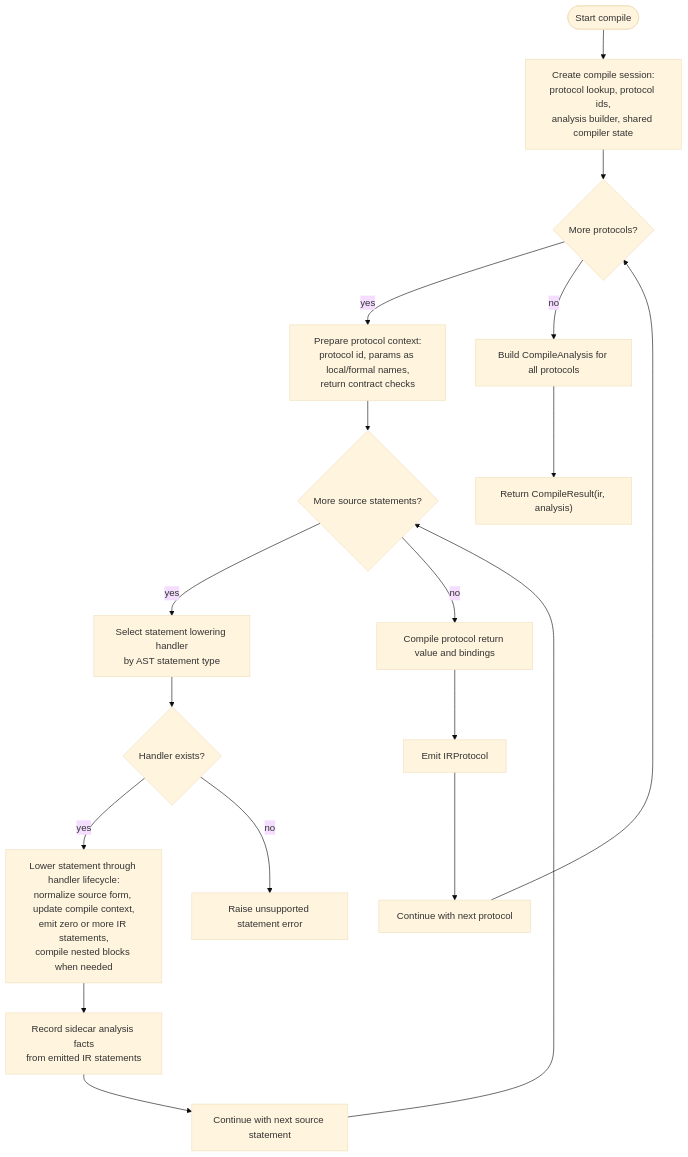
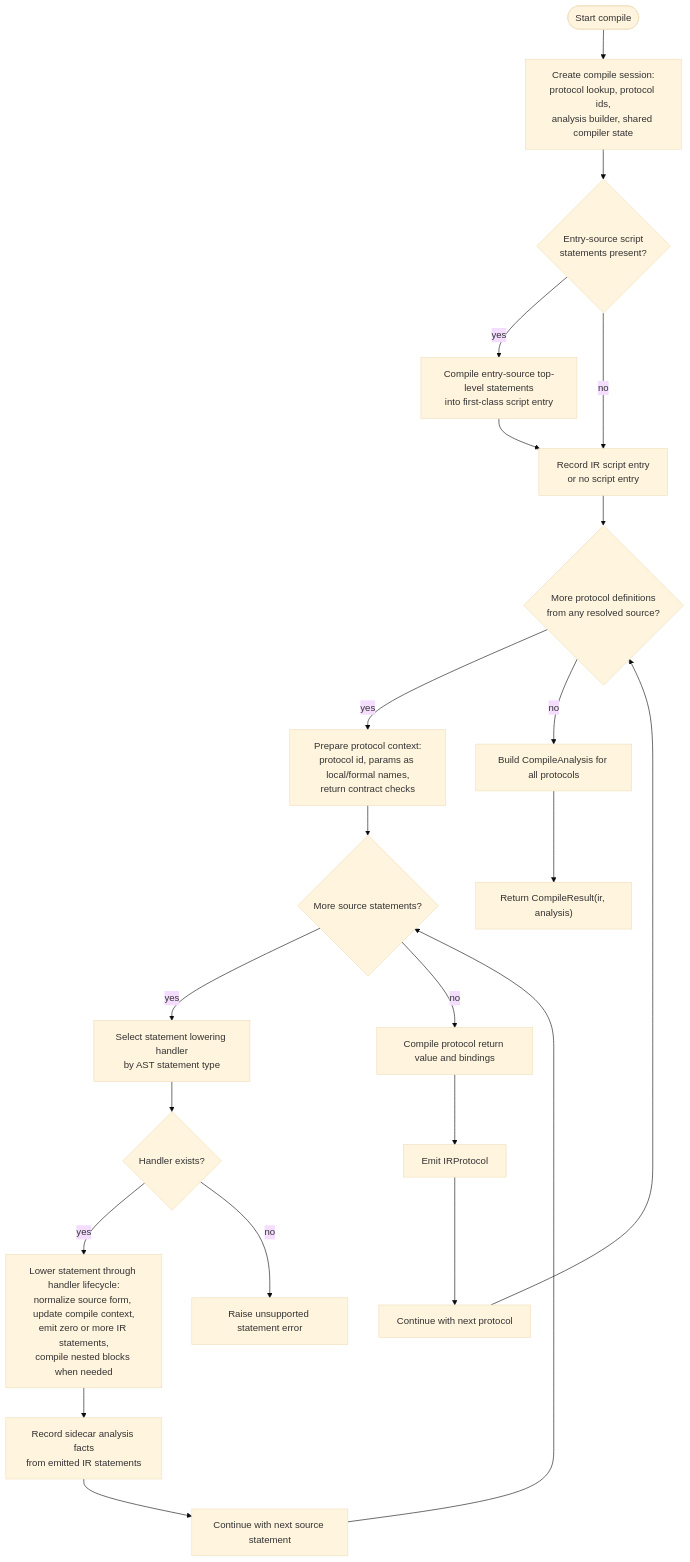
Before and after one commit to culsma/culsma: the first of 6 diagrams in docs/architecture/pipeline/compile_module_diagrams.md, drawn with Mermaid (base theme). The commit also changed other lines of this file and 30 other files, not shown here.

Commit message:
feat: separate script entry execution

````diff
--- a/docs/architecture/pipeline/compile_module_diagrams.md
+++ b/docs/architecture/pipeline/compile_module_diagrams.md
@@ -31,40 +31,47 @@
 ```mermaid
 flowchart TB
     Start([Start compile])
     Session["Create compile session:<br/>protocol lookup, protocol ids,<br/>analysis builder, shared compiler state"]
-    ProtocolLoop{"More protocols?"}
+    ScriptEntry{"Entry-source script<br/>statements present?"}
+    CompileScript["Compile entry-source top-level statements<br/>into first-class script entry"]
+    RecordEntry["Record IR script entry<br/>or no script entry"]
+    ProtocolLoop{"More protocol definitions<br/>from any resolved source?"}
     ProtocolSetup["Prepare protocol context:<br/>protocol id, params as local/formal names,<br/>return contract checks"]
     StatementLoop{"More source statements?"}
     Dispatch["Select statement lowering handler<br/>by AST statement type"]
     HandlerFound{"Handler exists?"}
     LowerStatement["Lower statement through handler lifecycle:<br/>normalize source form, update compile context,<br/>emit zero or more IR statements,<br/>compile nested blocks when needed"]
     RecordAnalysis["Record sidecar analysis facts<br/>from emitted IR statements"]
     NextStatement["Continue with next source statement"]
     ReturnLowering["Compile protocol return value and bindings"]
     EmitProtocol["Emit IRProtocol"]
     NextProtocol["Continue with next protocol"]
     BuildAnalysis["Build CompileAnalysis for all protocols"]
     Return["Return CompileResult(ir, analysis)"]
     Unsupported["Raise unsupported statement error"]
 
     Start --> Session
-    Session --> ProtocolLoop
+    Session --> ScriptEntry
+    ScriptEntry -->|yes| CompileScript
+    CompileScript --> RecordEntry
+    ScriptEntry -->|no| RecordEntry
+    RecordEntry --> ProtocolLoop
     ProtocolLoop -->|yes| ProtocolSetup
     ProtocolSetup --> StatementLoop
 
     StatementLoop -->|yes| Dispatch
     Dispatch --> HandlerFound
     HandlerFound -->|yes| LowerStatement
     HandlerFound -->|no| Unsupported
     LowerStatement --> RecordAnalysis
     RecordAnalysis --> NextStatement
     NextStatement --> StatementLoop
 
     StatementLoop -->|no| ReturnLowering
     ReturnLowering --> EmitProtocol
     EmitProtocol --> NextProtocol
     NextProtocol --> ProtocolLoop
 
     ProtocolLoop -->|no| BuildAnalysis
     BuildAnalysis --> Return
 ```
````
